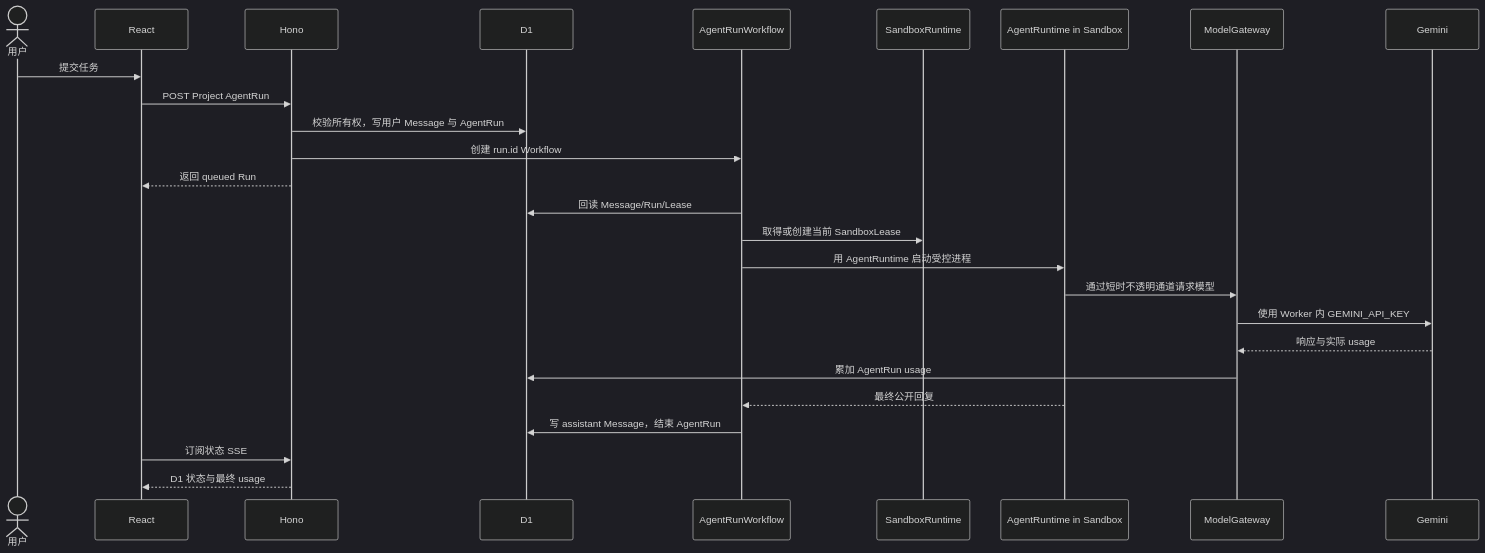
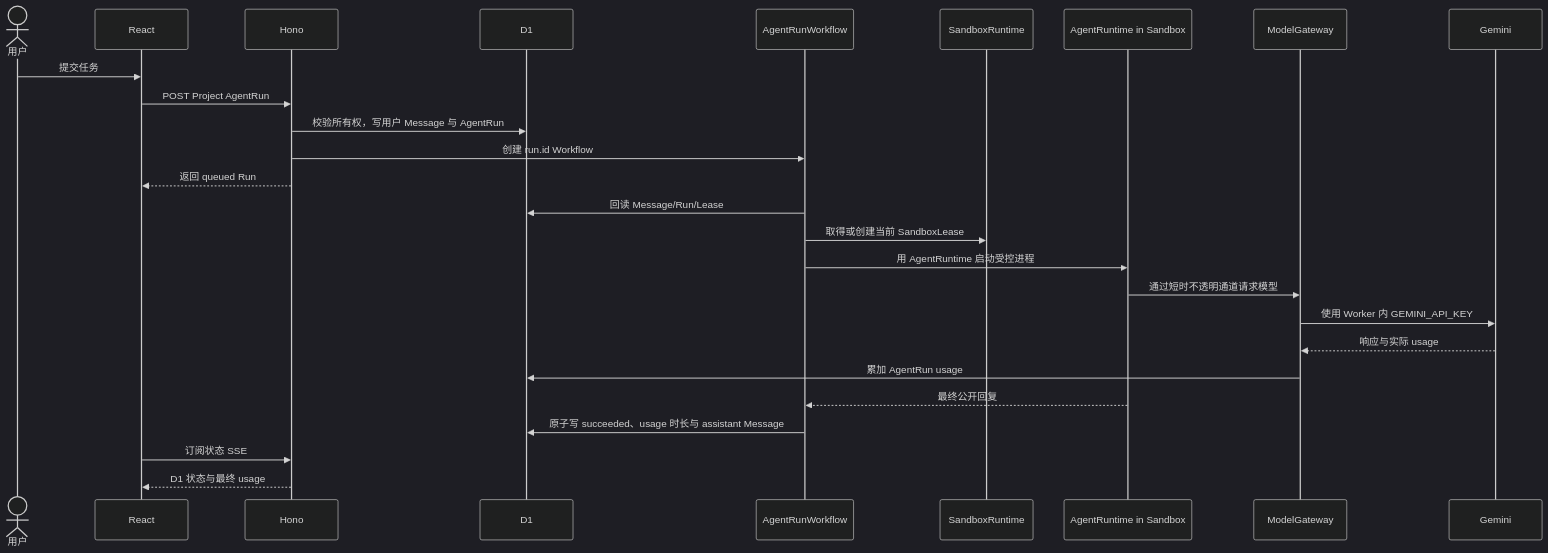
The second of 2 diagrams in docs/architecture/01-system-overview.md (DeyunMa/agent-online), drawn with Mermaid (dark theme) before and after one commit. The commit also changed other lines of this file and 156 other files, not shown here.

First line of the commit message:
refactor(architecture): harden release boundaries

````diff
--- a/docs/architecture/01-system-overview.md
+++ b/docs/architecture/01-system-overview.md
@@ -86,29 +86,29 @@
 ```mermaid
 sequenceDiagram
     actor User as 用户
     participant UI as React
     participant API as Hono
     participant DB as D1
     participant WF as AgentRunWorkflow
     participant SR as SandboxRuntime
     participant AG as AgentRuntime in Sandbox
     participant MG as ModelGateway
     participant GM as Gemini
 
     User->>UI: 提交任务
     UI->>API: POST Project AgentRun
     API->>DB: 校验所有权，写用户 Message 与 AgentRun
     API->>WF: 创建 run.id Workflow
     API-->>UI: 返回 queued Run
     WF->>DB: 回读 Message/Run/Lease
     WF->>SR: 取得或创建当前 SandboxLease
     WF->>AG: 用 AgentRuntime 启动受控进程
     AG->>MG: 通过短时不透明通道请求模型
     MG->>GM: 使用 Worker 内 GEMINI_API_KEY
     GM-->>MG: 响应与实际 usage
     MG->>DB: 累加 AgentRun usage
     AG-->>WF: 最终公开回复
-    WF->>DB: 写 assistant Message，结束 AgentRun
+    WF->>DB: 原子写 succeeded、usage 时长与 assistant Message
     UI->>API: 订阅状态 SSE
     API-->>UI: D1 状态与最终 usage
 ```
````
